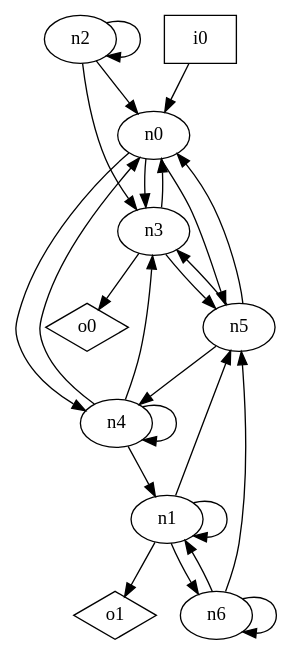
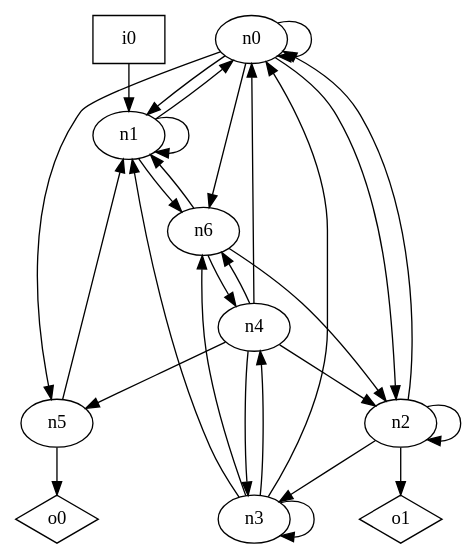
Before and after one commit to p9romain/bool-circuits: the diagram in dot_files/bool_circ/random.dot, drawn with Graphviz. The commit also changed 74 other files, not shown here.

```diff
--- a/dot_files/bool_circ/random.dot
+++ b/dot_files/bool_circ/random.dot
@@ -1,36 +1,40 @@
 digraph G {
 n0 [label="n0"];
 n1 [label="n1"];
 n2 [label="n2"];
 n3 [label="n3"];
 n4 [label="n4"];
 n5 [label="n5"];
 n6 [label="n6"];
 n7 [label="i0",shape="box"];
 n8 [label="o0",shape="diamond"];
 n9 [label="o1",shape="diamond"];
-n0 -> n3
-n0 -> n4
+n0 -> n0
+n0 -> n1
+n0 -> n2
 n0 -> n5
+n0 -> n6
+n1 -> n0
 n1 -> n1
-n1 -> n5
 n1 -> n6
-n1 -> n9
 n2 -> n0
 n2 -> n2
 n2 -> n3
+n2 -> n9
 n3 -> n0
-n3 -> n5
-n3 -> n8
+n3 -> n1
+n3 -> n3
+n3 -> n4
+n3 -> n6
 n4 -> n0
-n4 -> n1
+n4 -> n2
 n4 -> n3
-n4 -> n4
-n5 -> n0
-n5 -> n3
-n5 -> n4
+n4 -> n5
+n4 -> n6
+n5 -> n1
+n5 -> n8
 n6 -> n1
-n6 -> n5
-n6 -> n6
-n7 -> n0
+n6 -> n2
+n6 -> n4
+n7 -> n1
 }
```
